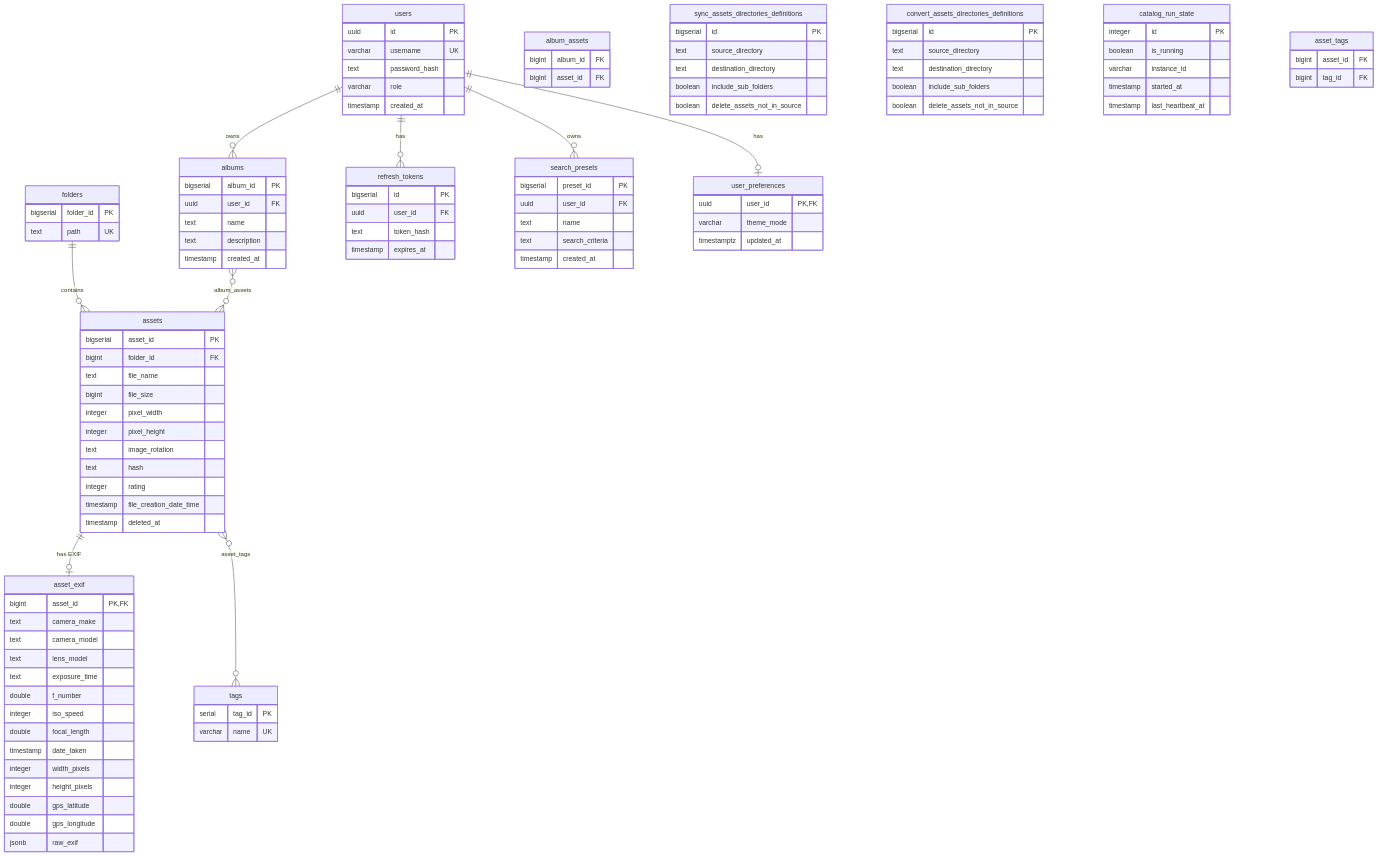
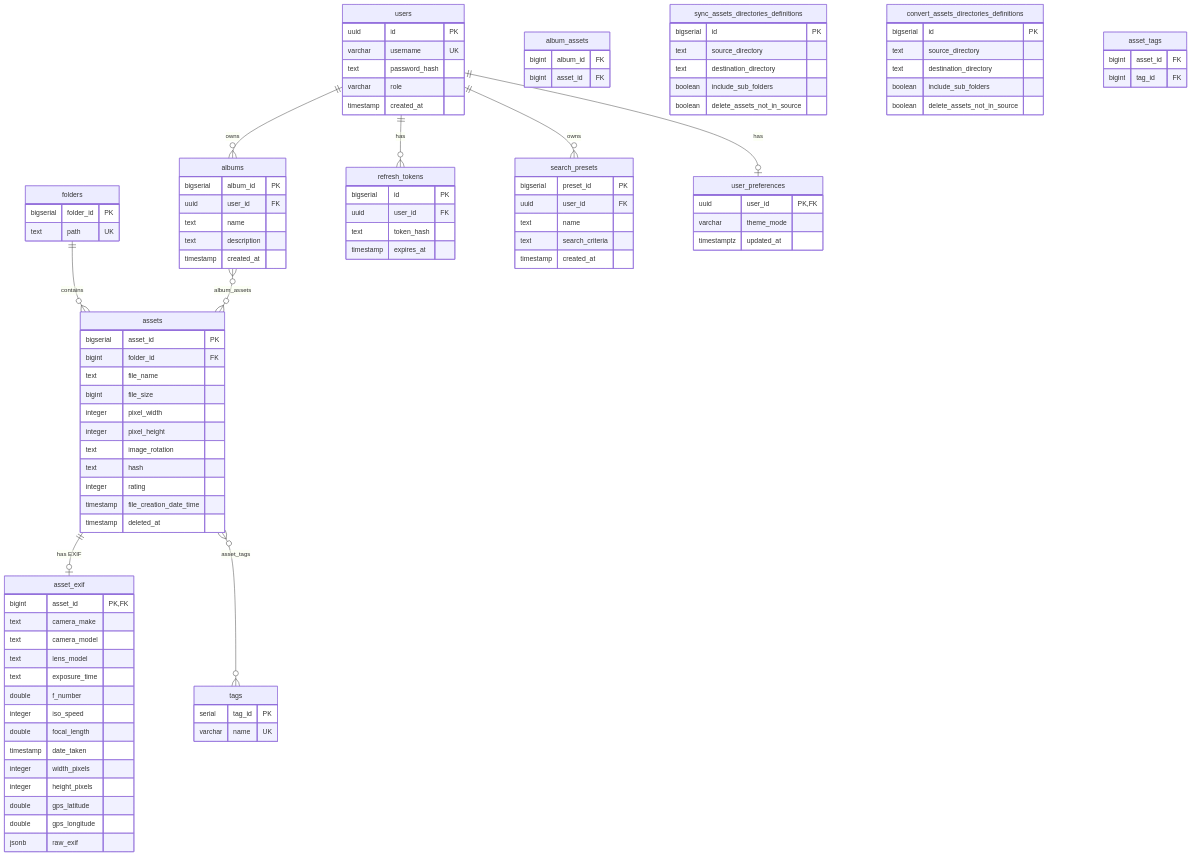
Before and after one commit to jpablodrexler/jp-photo-manager: the third of 4 diagrams in JPPhotoManagerWeb/docs/architecture.md, drawn with Mermaid. The commit also changed 18 other files, not shown here.

```diff
--- a/JPPhotoManagerWeb/docs/architecture.md
+++ b/JPPhotoManagerWeb/docs/architecture.md
@@ -173,13 +173,6 @@
         boolean include_sub_folders
         boolean delete_assets_not_in_source
     }
-    catalog_run_state {
-        integer id PK
-        boolean is_running
-        varchar instance_id
-        timestamp started_at
-        timestamp last_heartbeat_at
-    }
     tags {
         serial tag_id PK
         varchar name UK
```
